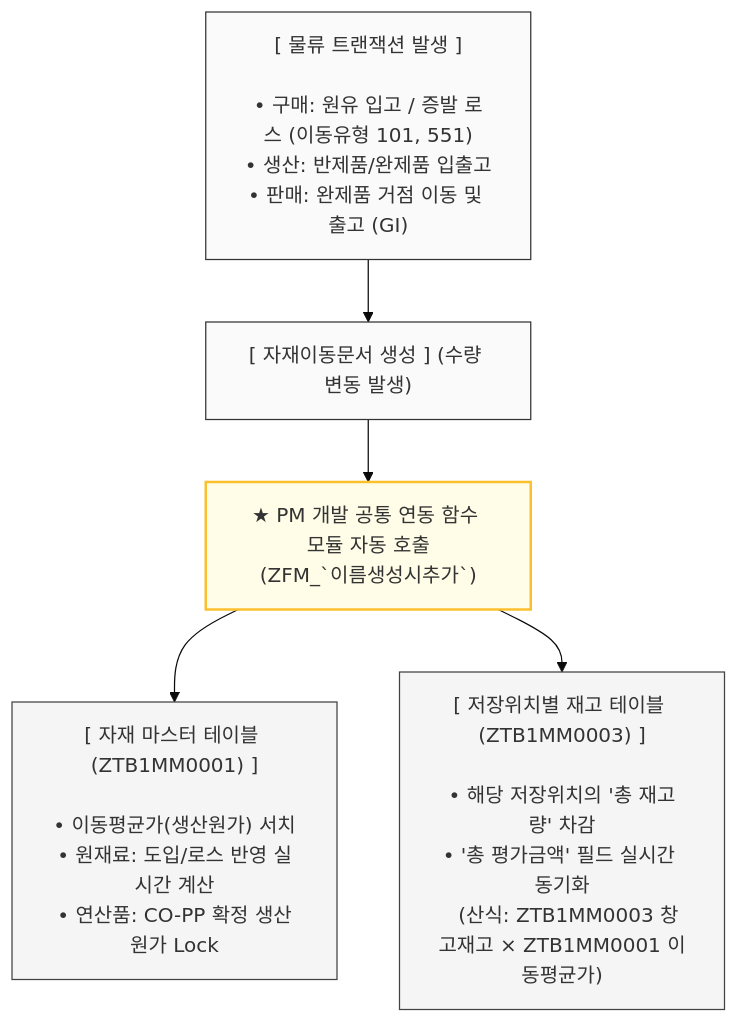
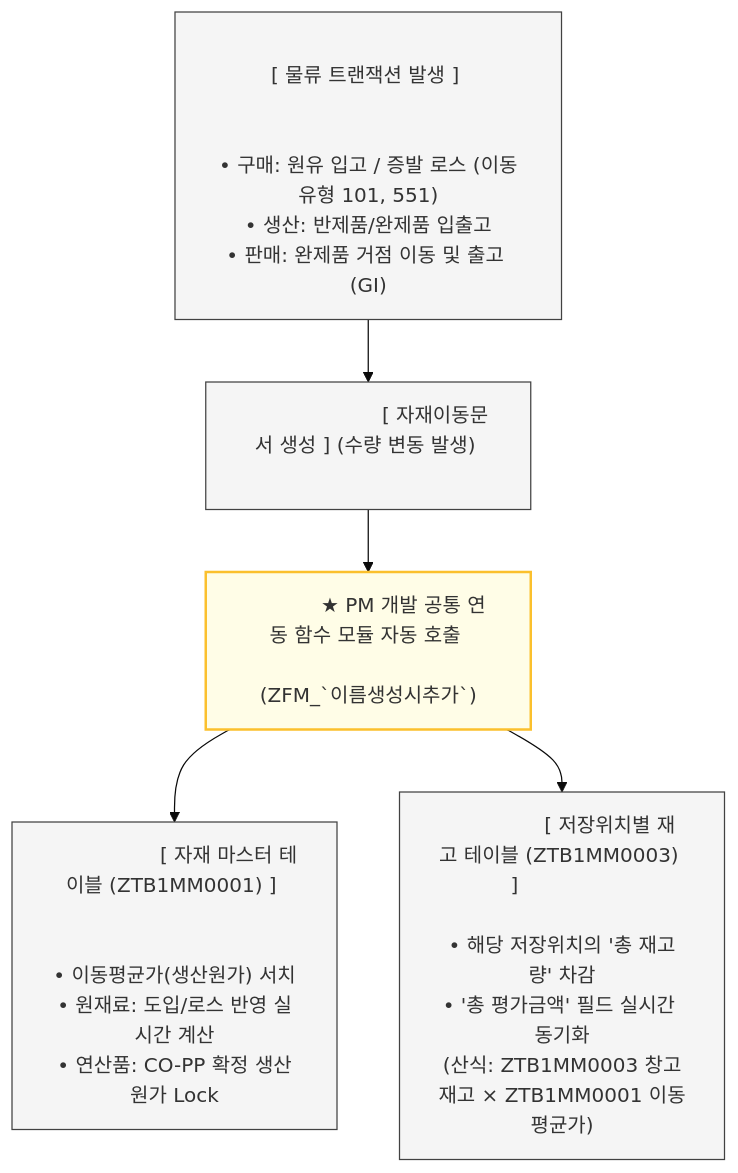
One commit to grace7410-byte/sap-code-project changed the diagram in 03_architecture/2026-05-11-advanced-cost-interface.md. Above: the diagram before and after it, drawn with Mermaid (base theme). The commit also changed other lines of this file, not shown here.

Commit message:
Revise architecture document for cost synchronization
Updated the architecture document for SCM-FCM logistics transactions, enhancing the flowchart and clarifying the process for material movement and table updates.

````diff
--- a/03_architecture/2026-05-11-advanced-cost-interface.md
+++ b/03_architecture/2026-05-11-advanced-cost-interface.md
@@ -20,20 +20,26 @@
 ```mermaid
 graph TD
-    %% 1. 물류 트랜잭션 발생 및 문서 생성
-    A["[ 물류 트랜잭션 발생 ]<br><br>• 구매: 원유 입고 / 증발 로스 (이동유형 101, 551)<br>• 생산: 반제품/완제품 입출고<br>• 판매: 완제품 거점 이동 및 출고 (GI)"]
-    A --> B["[ 자재이동문서 생성 ] (수량 변동 발생)"]
+    %% 스타일 정의
+    classDef default fill:#f5f5f5,stroke:#424242,stroke-width:1px;
+    classDef func fill:#fffde7,stroke:#fbc02d,stroke-width:2px;
+
+    %% 노드 배치 (&nbsp;를 넣어 가로폭을 좌우로 확 넓힘)
+    A["&nbsp;&nbsp;&nbsp;&nbsp;&nbsp;&nbsp;&nbsp;&nbsp;&nbsp;&nbsp;&nbsp;&nbsp;&nbsp;&nbsp;&nbsp;&nbsp;&nbsp;&nbsp;&nbsp;&nbsp;&nbsp;&nbsp;&nbsp;&nbsp;&nbsp;&nbsp;&nbsp;&nbsp;&nbsp;&nbsp;&nbsp;&nbsp;&nbsp;&nbsp;&nbsp;&nbsp;&nbsp;&nbsp;&nbsp;&nbsp;&nbsp;&nbsp;&nbsp;&nbsp;&nbsp;&nbsp;&nbsp;&nbsp; [ 물류 트랜잭션 발생 ] &nbsp;&nbsp;&nbsp;&nbsp;&nbsp;&nbsp;&nbsp;&nbsp;&nbsp;&nbsp;&nbsp;&nbsp;&nbsp;&nbsp;&nbsp;&nbsp;&nbsp;&nbsp;&nbsp;&nbsp;&nbsp;&nbsp;&nbsp;&nbsp;&nbsp;&nbsp;&nbsp;&nbsp;&nbsp;&nbsp;&nbsp;&nbsp;&nbsp;&nbsp;&nbsp;&nbsp;&nbsp;&nbsp;&nbsp;&nbsp;&nbsp;&nbsp;&nbsp;&nbsp;&nbsp;&nbsp;&nbsp;&nbsp;<br><br>• 구매: 원유 입고 / 증발 로스 (이동유형 101, 551)<br>• 생산: 반제품/완제품 입출고<br>• 판매: 완제품 거점 이동 및 출고 (GI)"]
     
-    %% 2. 공통 연동 함수 모듈 호출
-    B --> C["★ PM 개발 공통 연동 함수 모듈 자동 호출<br>(ZFM_`이름생성시추가`)"]
+    B["&nbsp;&nbsp;&nbsp;&nbsp;&nbsp;&nbsp;&nbsp;&nbsp;&nbsp;&nbsp;&nbsp;&nbsp;&nbsp;&nbsp;&nbsp;&nbsp;&nbsp;&nbsp;&nbsp;&nbsp; [ 자재이동문서 생성 ] (수량 변동 발생) &nbsp;&nbsp;&nbsp;&nbsp;&nbsp;&nbsp;&nbsp;&nbsp;&nbsp;&nbsp;&nbsp;&nbsp;&nbsp;&nbsp;&nbsp;&nbsp;&nbsp;&nbsp;&nbsp;&nbsp;"]
     
-    %% 3. 테이블 동시 업데이트 분기
-    C --> D["[ 자재 마스터 테이블 (ZTB1MM0001) ]<br><br>• 이동평균가(생산원가) 서치<br>• 원재료: 도입/로스 반영 실시간 계산<br>• 연산품: CO-PP 확정 생산원가 Lock"]
-    C --> E["[ 저장위치별 재고 테이블 (ZTB1MM0003) ]<br><br>• 해당 저장위치의 '총 재고량' 차감<br>• '총 평가금액' 필드 실시간 동기화<br>  (산식: ZTB1MM0003 창고재고 × ZTB1MM0001 이동평균가)"]
+    C["&nbsp;&nbsp;&nbsp;&nbsp;&nbsp;&nbsp;&nbsp;&nbsp;&nbsp;&nbsp; ★ PM 개발 공통 연동 함수 모듈 자동 호출 &nbsp;&nbsp;&nbsp;&nbsp;&nbsp;&nbsp;&nbsp;&nbsp;&nbsp;&nbsp;<br>(ZFM_`이름생성시추가`)"]
+    
+    D["&nbsp;&nbsp;&nbsp;&nbsp;&nbsp;&nbsp;&nbsp;&nbsp;&nbsp;&nbsp;&nbsp;&nbsp;&nbsp;&nbsp;&nbsp;&nbsp; [ 자재 마스터 테이블 (ZTB1MM0001) ] &nbsp;&nbsp;&nbsp;&nbsp;&nbsp;&nbsp;&nbsp;&nbsp;&nbsp;&nbsp;&nbsp;&nbsp;&nbsp;&nbsp;&nbsp;&nbsp;<br><br>• 이동평균가(생산원가) 서치<br>• 원재료: 도입/로스 반영 실시간 계산<br>• 연산품: CO-PP 확정 생산원가 Lock"]
+    
+    E["&nbsp;&nbsp;&nbsp;&nbsp;&nbsp;&nbsp;&nbsp;&nbsp;&nbsp;&nbsp;&nbsp;&nbsp;&nbsp;&nbsp; [ 저장위치별 재고 테이블 (ZTB1MM0003) ] &nbsp;&nbsp;&nbsp;&nbsp;&nbsp;&nbsp;&nbsp;&nbsp;&nbsp;&nbsp;&nbsp;&nbsp;&nbsp;&nbsp;<br><br>• 해당 저장위치의 '총 재고량' 차감<br>• '총 평가금액' 필드 실시간 동기화<br>(산식: ZTB1MM0003 창고재고 × ZTB1MM0001 이동평균가)"]
 
-    %% 비주얼 스타일 가독성 중심 정돈
-    style A fill:#fafafa,stroke:#333,stroke-width:1px
-    style B fill:#fafafa,stroke:#333,stroke-width:1px
-    style C fill:#fffde7,stroke:#fbc02d,stroke-width:2px
-    style D fill:#f5f5f5,stroke:#424242,stroke-width:1px
-    style E fill:#f5f5f5,stroke:#424242,stroke-width:1px
+    %% 연결 관계
+    A --> B
+    B --> C
+    C --> D
+    C --> E
+
+    %% 스타일 적용
+    class C func;
 ```
````
